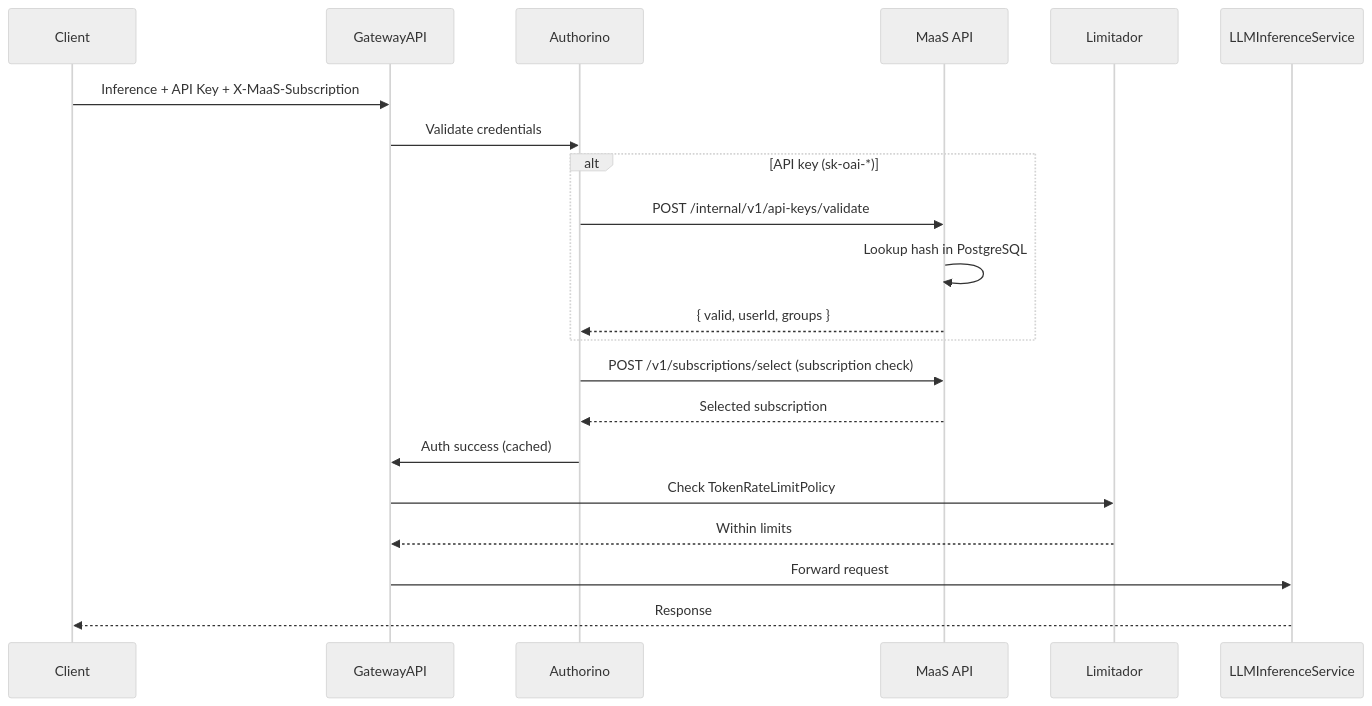
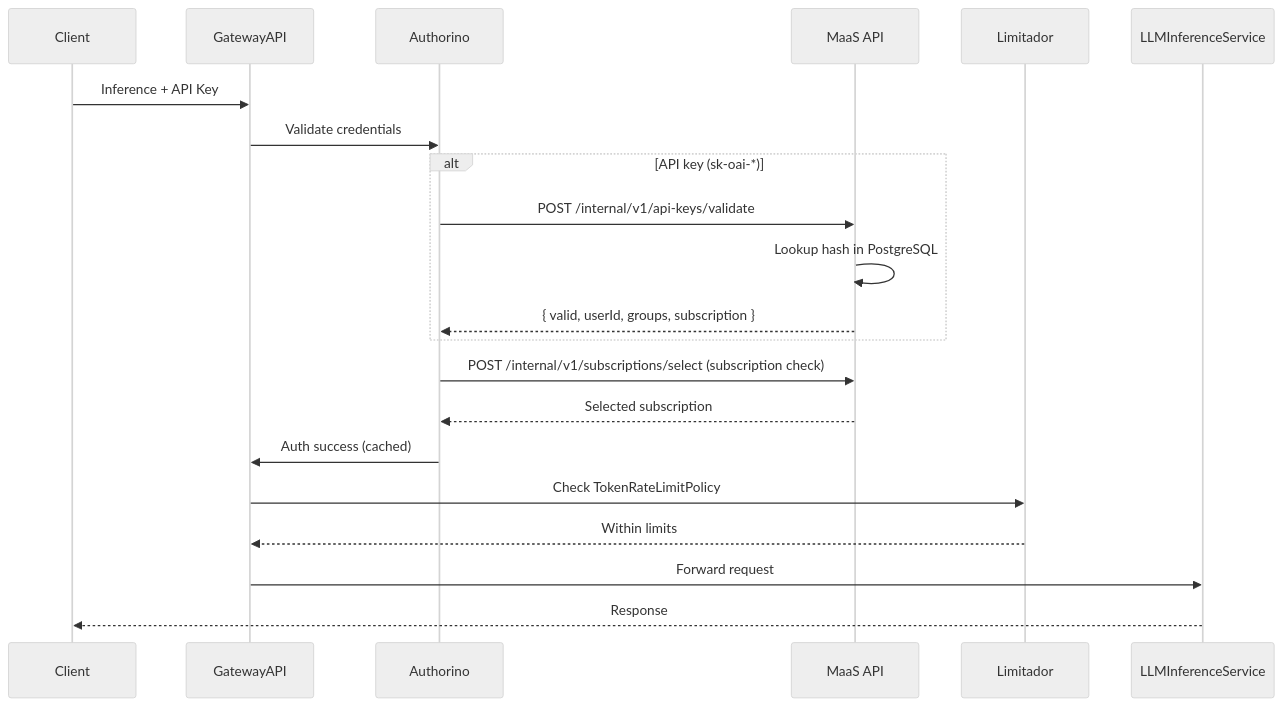
The eighth of 8 diagrams in docs/content/architecture.md (SB159/maas-billing), drawn with Mermaid (neutral theme) before and after one commit. The commit also changed other lines of this file and 38 other files, not shown here.

First line of the commit message:
feat: remove reliance on subscription header in inference and models endpoint (#584)

````diff
--- a/docs/content/architecture.md
+++ b/docs/content/architecture.md
@@ -322,27 +320,27 @@
 ```mermaid
 sequenceDiagram
     participant Client
     participant GatewayAPI
     participant Authorino
     participant MaaS as MaaS API
     participant Limitador
     participant LLMInferenceService
     
-    Client->>GatewayAPI: Inference + API Key + X-MaaS-Subscription
+    Client->>GatewayAPI: Inference + API Key
     GatewayAPI->>Authorino: Validate credentials
     
     alt API key (sk-oai-*)
         Authorino->>MaaS: POST /internal/v1/api-keys/validate
         MaaS->>MaaS: Lookup hash in PostgreSQL
-        MaaS-->>Authorino: { valid, userId, groups }
+        MaaS-->>Authorino: { valid, userId, groups, subscription }
     end
     
-    Authorino->>MaaS: POST /v1/subscriptions/select (subscription check)
+    Authorino->>MaaS: POST /internal/v1/subscriptions/select (subscription check)
     MaaS-->>Authorino: Selected subscription
     
     Authorino->>GatewayAPI: Auth success (cached)
     GatewayAPI->>Limitador: Check TokenRateLimitPolicy
     Limitador-->>GatewayAPI: Within limits
     GatewayAPI->>LLMInferenceService: Forward request
     LLMInferenceService-->>Client: Response
 ```
````
